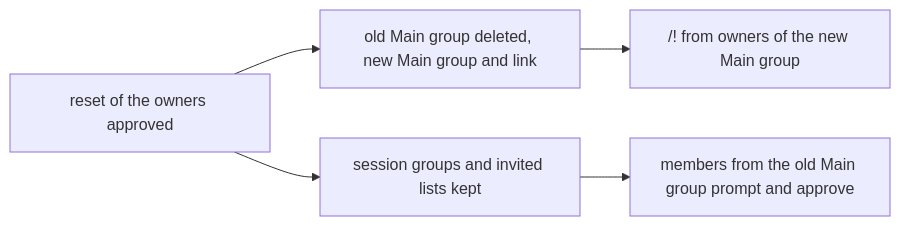
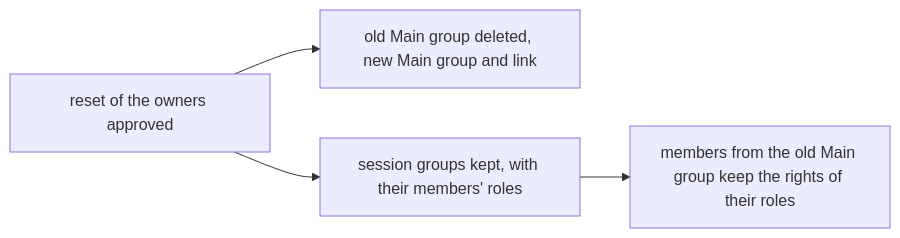
One commit to simplex-chat/simplex-chat changed the eighth of 26 diagrams in plans/2026-11-07-mcp-claude-code-channel.md. Above: the diagram before and after it, drawn with Mermaid. The commit also changed other lines of this file, not shown here.

First line of the commit message:
plan: the role model of session groups

````diff
--- a/plans/2026-11-07-mcp-claude-code-channel.md
+++ b/plans/2026-11-07-mcp-claude-code-channel.md
@@ -470,7 +498,6 @@
 ```mermaid
 flowchart LR
   R[reset of the owners approved] --> M[old Main group deleted, new Main group and link]
-  R --> K[session groups and invited lists kept]
-  K --> P[members from the old Main group prompt and approve]
-  M --> B["/!" from owners of the new Main group]
+  R --> K[session groups kept, with their members' roles]
+  K --> P[members from the old Main group keep the rights of their roles]
 ```
````
